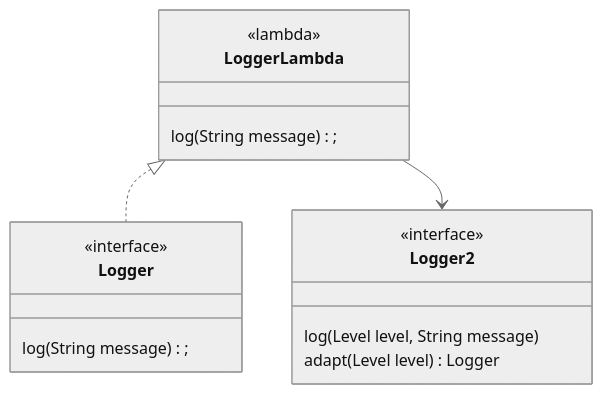
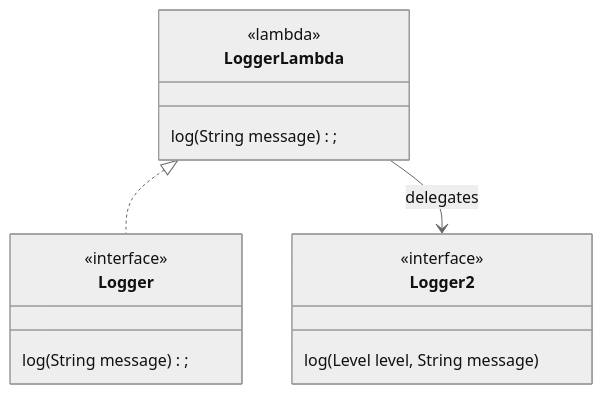
One commit to forax/design-pattern-reloaded changed the diagram in src/main/java/adapter/README.md. Above: the diagram before and after it, drawn with Mermaid (neutral theme).

Commit message:
simplify the UML diagram

````diff
--- a/src/main/java/adapter/README.md
+++ b/src/main/java/adapter/README.md
@@ -65,18 +65,17 @@
 ```mermaid
 classDiagram
 class Logger {
   <<interface>>
   log(String message);
 }
 class LoggerLambda {
   <<lambda>>
   log(String message);
 }
 class Logger2 {
   <<interface>>
   log(Level level, String message)
-  adapt(Level level) Logger
 }
 LoggerLambda <|.. Logger
-LoggerLambda --> Logger2
+LoggerLambda --> Logger2 : delegates
 ```
````
